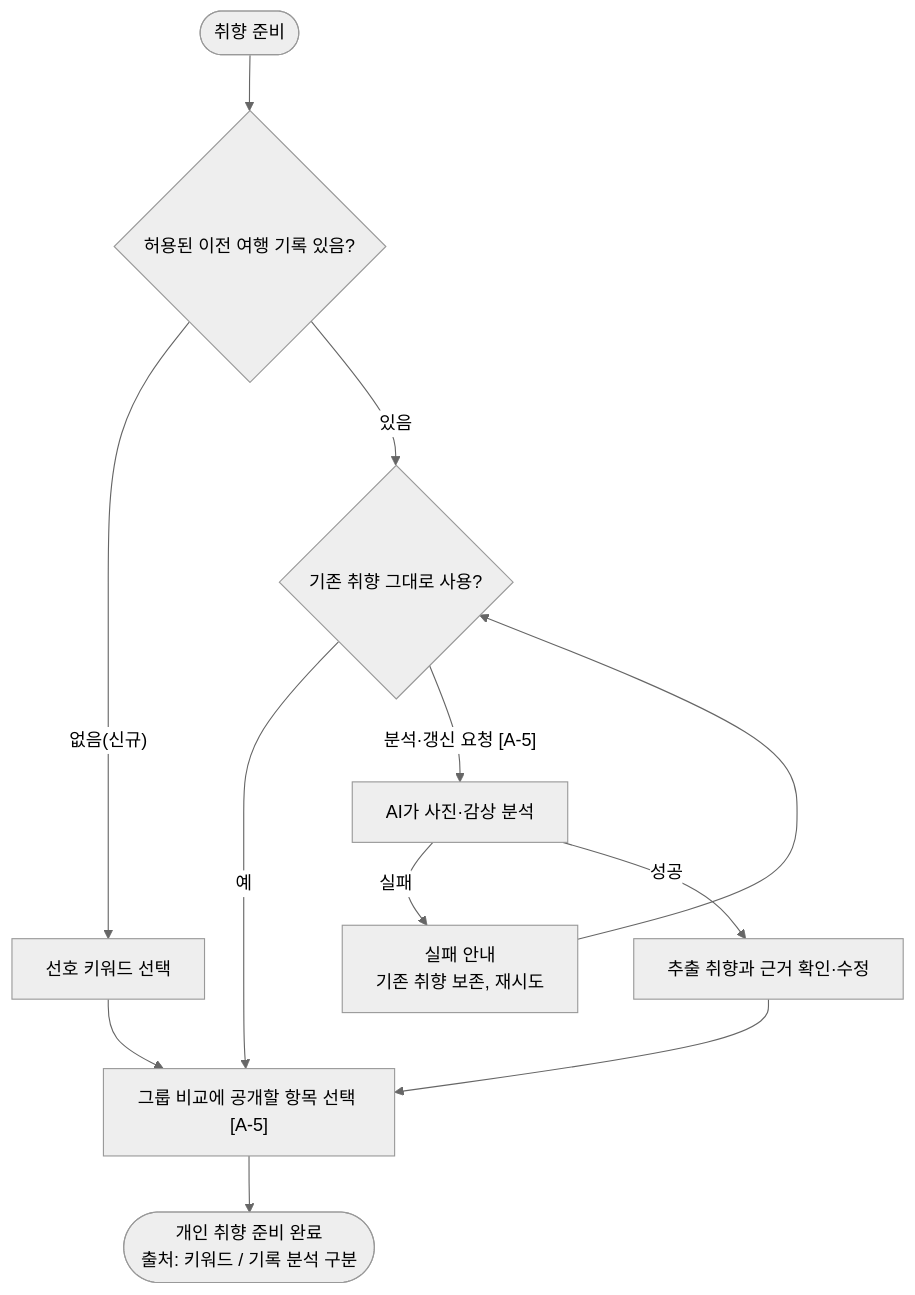
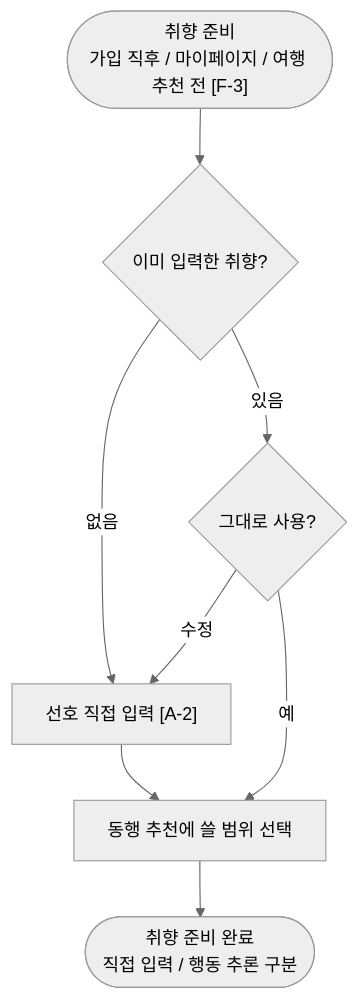
Before and after one commit to a204-eodilog/eodilog: diagram 11 of 24 in docs/flow/user-flow.md, drawn with Mermaid (neutral theme). The commit also changed other lines of this file, not shown here.

````diff
--- a/docs/flow/user-flow.md
+++ b/docs/flow/user-flow.md
@@ -103,13 +251,10 @@
 ```mermaid
 flowchart TD
-    P(["취향 준비"]) --> HAS{"허용된 이전 여행 기록 있음?"}
-    HAS -- "없음(신규)" --> KW["선호 키워드 선택"]
-    HAS -- "있음" --> USE{"기존 취향 그대로 사용?"}
-    USE -- "예" --> PUB
-    USE -- "분석·갱신 요청 [A-5]" --> AN["AI가 사진·감상 분석"]
-    AN -- "실패" --> RT["실패 안내<br/>기존 취향 보존, 재시도"] --> USE
-    AN -- "성공" --> REV["추출 취향과 근거 확인·수정"]
-    KW --> PUB["그룹 비교에 공개할 항목 선택 [A-5]"]
-    REV --> PUB
-    PUB --> DONE(["개인 취향 준비 완료<br/>출처: 키워드 / 기록 분석 구분"])
+    P(["취향 준비<br/>가입 직후 / 마이페이지 / 여행 추천 전 [F-3]"]) --> HAS{"이미 입력한 취향?"}
+    HAS -- "없음" --> IN["선호 직접 입력 [A-2]"]
+    HAS -- "있음" --> KEEP{"그대로 사용?"}
+    KEEP -- "수정" --> IN
+    KEEP -- "예" --> SHARE
+    IN --> SHARE["동행 추천에 쓸 범위 선택"]
+    SHARE --> DONE(["취향 준비 완료<br/>직접 입력 / 행동 추론 구분"])
 ```
````
